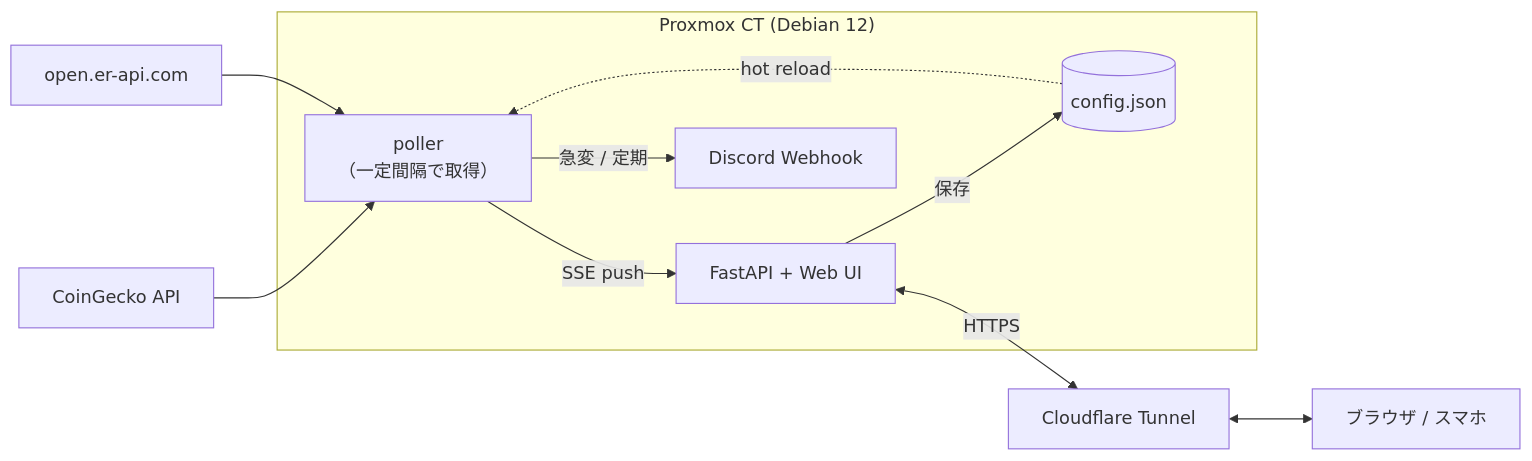
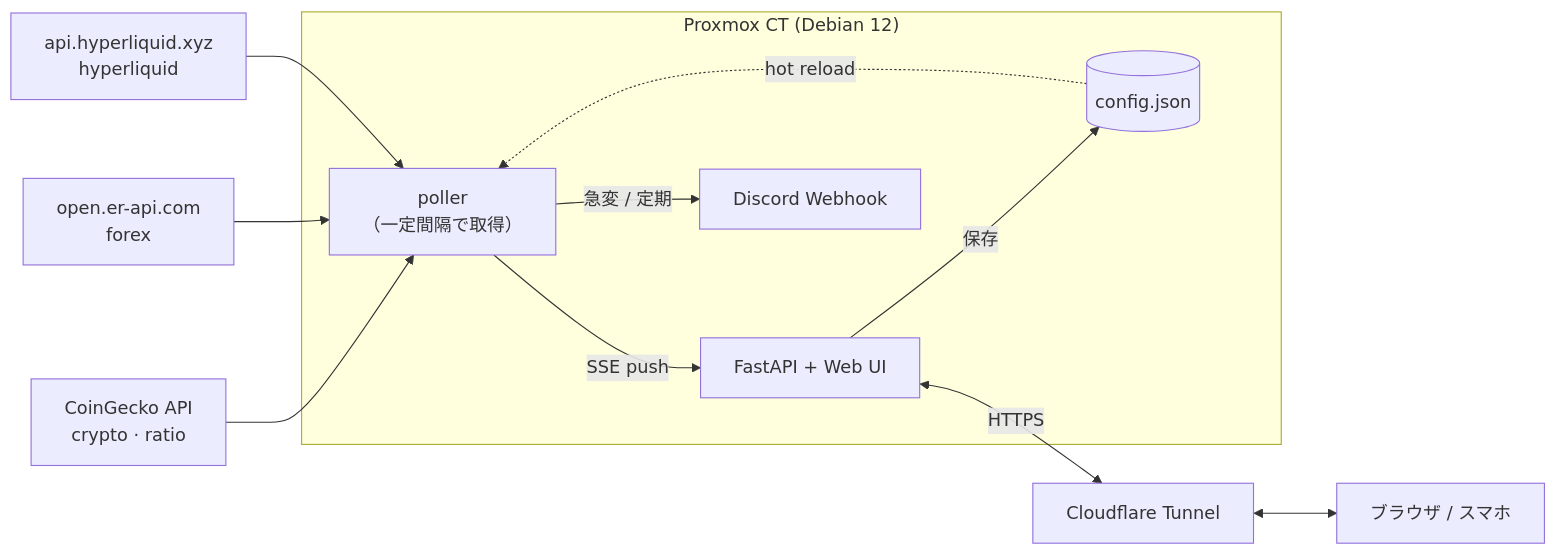
Before and after one commit to Poteto-Groove/poteto-monitor: the diagram in README.md, drawn with Mermaid. The commit also changed other lines of this file and 8 other files, not shown here.

````diff
--- a/README.md
+++ b/README.md
@@ -59,12 +61,13 @@
 ```mermaid
 flowchart LR
     subgraph CT["Proxmox CT (Debian 12)"]
         P["poller<br/>（一定間隔で取得）"] -->|SSE push| W["FastAPI + Web UI"]
         P -->|急変 / 定期| D["Discord Webhook"]
         C[("config.json")] -. hot reload .-> P
         W -->|保存| C
     end
-    CG["CoinGecko API"] --> P
-    FX["open.er-api.com"] --> P
+    CG["CoinGecko API<br/>crypto · ratio"] --> P
+    FX["open.er-api.com<br/>forex"] --> P
+    HL["api.hyperliquid.xyz<br/>hyperliquid"] --> P
     W <-->|HTTPS| CFT["Cloudflare Tunnel"] <--> U["ブラウザ / スマホ"]
 ```
````
